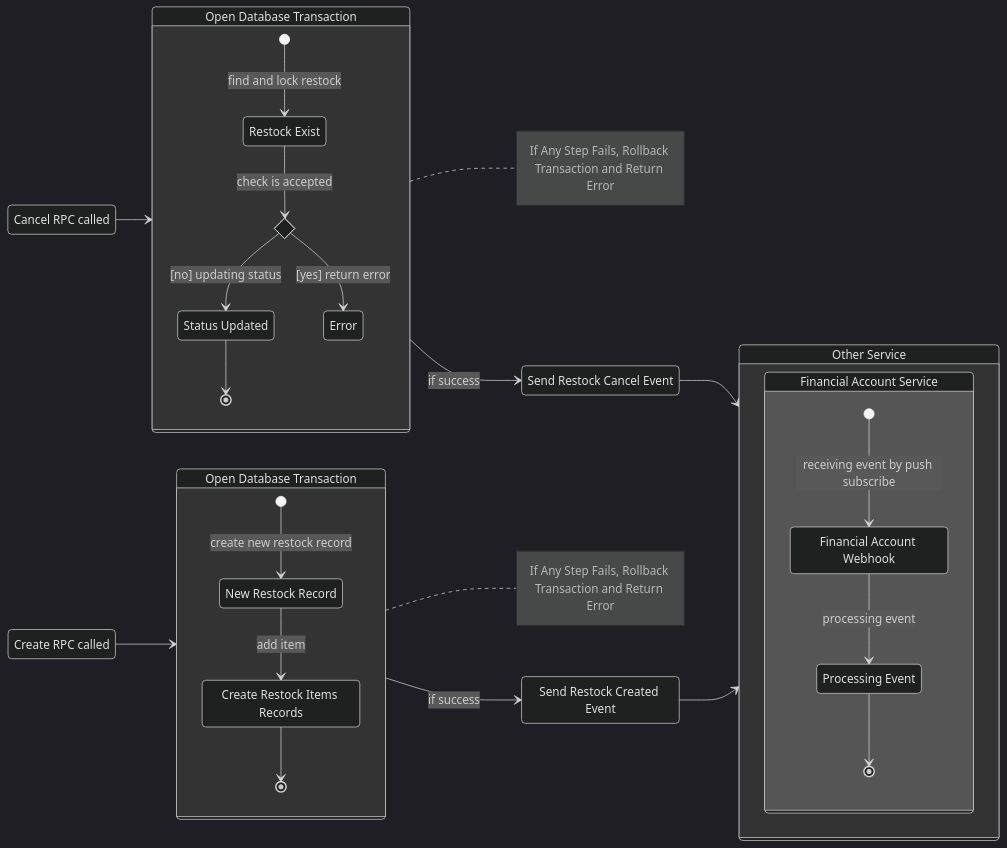
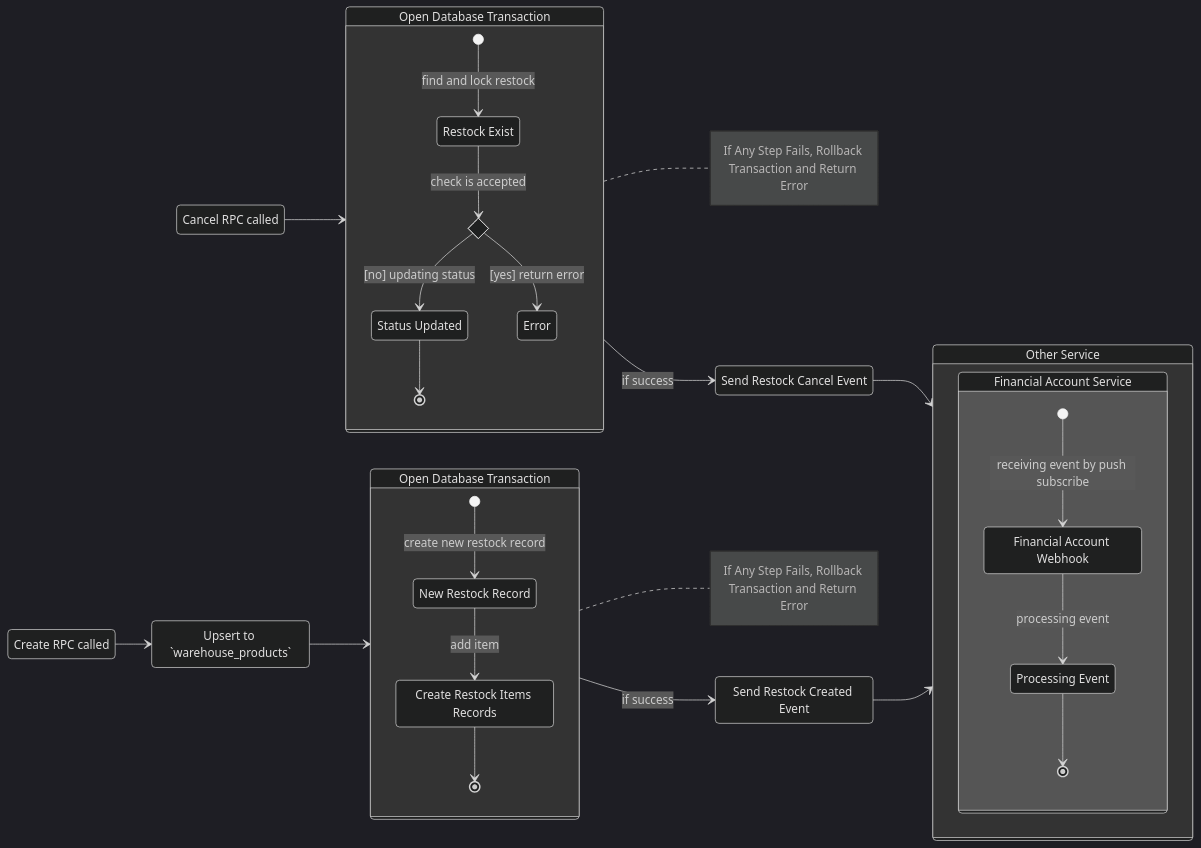
Before and after one commit to pdcgo/warehouse_revamp: the second of 4 diagrams in docs/business/inventory/restock.md, drawn with Mermaid (dark theme). The commit also changed 7 other files, not shown here.

```diff
--- a/docs/business/inventory/restock.md
+++ b/docs/business/inventory/restock.md
@@ -38,7 +38,7 @@
 
 
 
-rpc-->tx
+
 cancel-->ctx
 
 
@@ -68,6 +68,12 @@
 
 
 %% end bagian cancel
+
+state "Upsert to `warehouse_products`" as pupsert
+
+rpc-->pupsert
+pupsert-->tx
+
 
 tx: Open Database Transaction
 note right of tx
```
